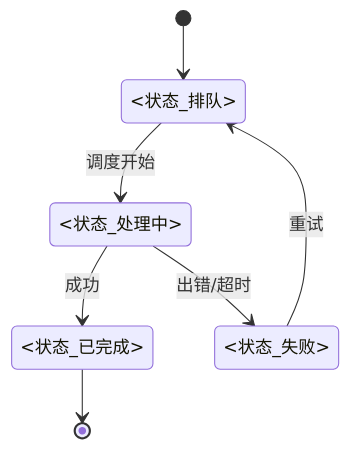
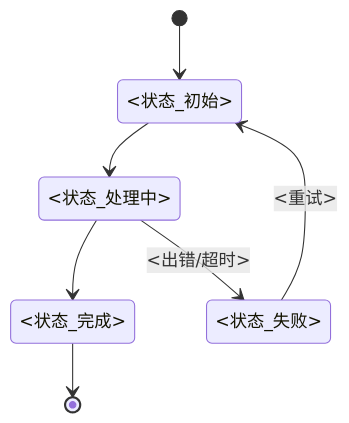
The third of 6 diagrams in skills/doc-arch-rules/references/templates/L2/DOMAIN-MODEL.template.md (syllr/skills), drawn with Mermaid before and after one commit. The commit also changed other lines of this file and 11 other files, not shown here.

````diff
--- a/skills/doc-arch-rules/references/templates/L2/DOMAIN-MODEL.template.md
+++ b/skills/doc-arch-rules/references/templates/L2/DOMAIN-MODEL.template.md
@@ -197,9 +247,9 @@
 ```mermaid
 stateDiagram-v2
-    [*] --> <状态_排队>
-    <状态_排队> --> <状态_处理中>: 调度开始
-    <状态_处理中> --> <状态_已完成>: 成功
-    <状态_处理中> --> <状态_失败>: 出错/超时
-    <状态_失败> --> <状态_排队>: 重试
-    <状态_已完成> --> [*]
+    [*] --> <状态_初始>
+    <状态_初始> --> <状态_处理中>: <Action>
+    <状态_处理中> --> <状态_完成>: <Action>
+    <状态_处理中> --> <状态_失败>: <出错/超时>
+    <状态_失败> --> <状态_初始>: <重试>
+    <状态_完成> --> [*]
 ```
````
